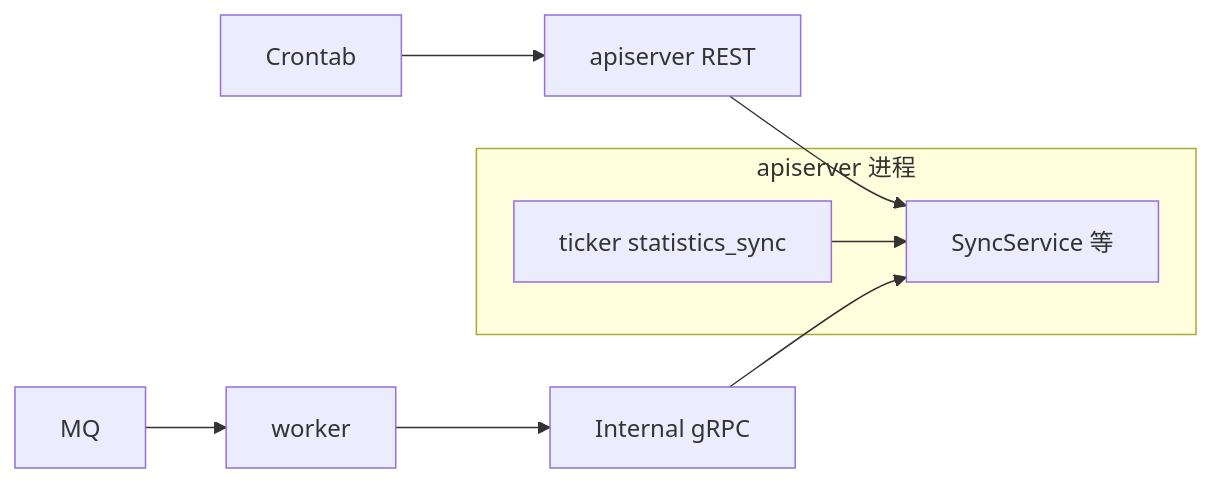
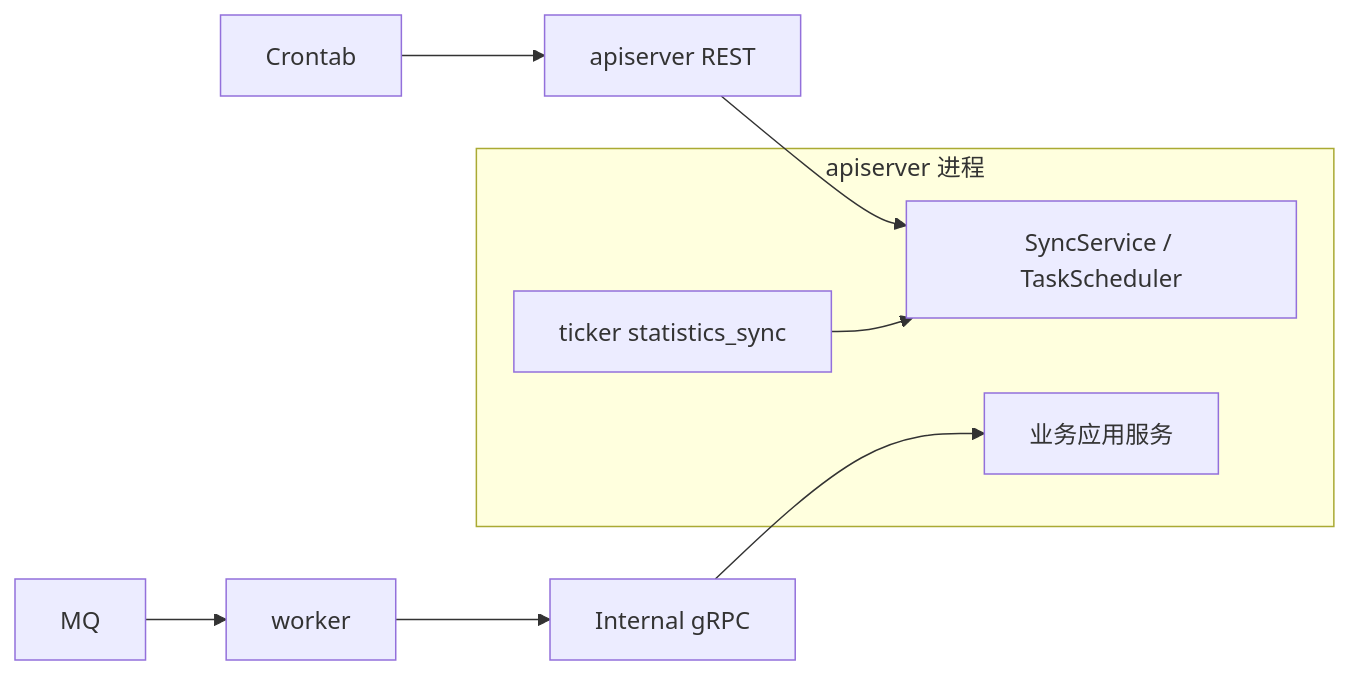
Before and after one commit to FangcunMount/qs-server: the diagram in docs/04-接口与运维/04-调度与后台任务.md, drawn with Mermaid. The commit also changed other lines of this file and 123 other files, not shown here.

````diff
--- a/docs/04-接口与运维/04-调度与后台任务.md
+++ b/docs/04-接口与运维/04-调度与后台任务.md
@@ -48,19 +48,20 @@
 ```mermaid
 flowchart LR
     Cron[Crontab]
     API[apiserver REST]
 
     subgraph AP[apiserver 进程]
         T[ticker statistics_sync]
-        S[SyncService 等]
+        S[SyncService / TaskScheduler]
+        B[业务应用服务]
     end
 
     MQ[MQ]
     W[worker]
     IN[Internal gRPC]
 
     Cron --> API --> S
     T --> S
 
-    MQ --> W --> IN --> S
+    MQ --> W --> IN --> B
 ```
````
